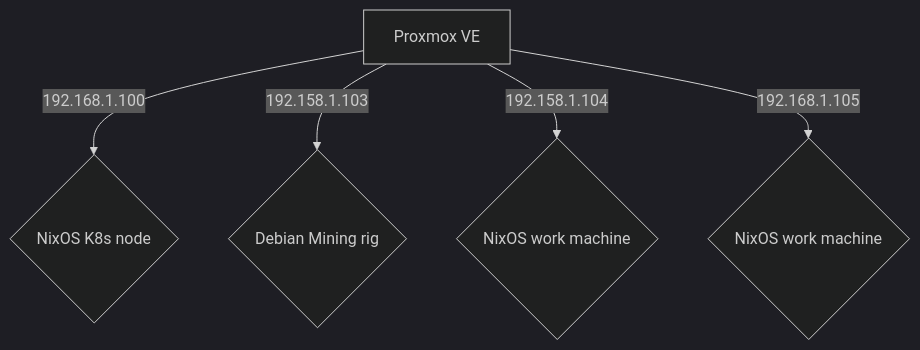
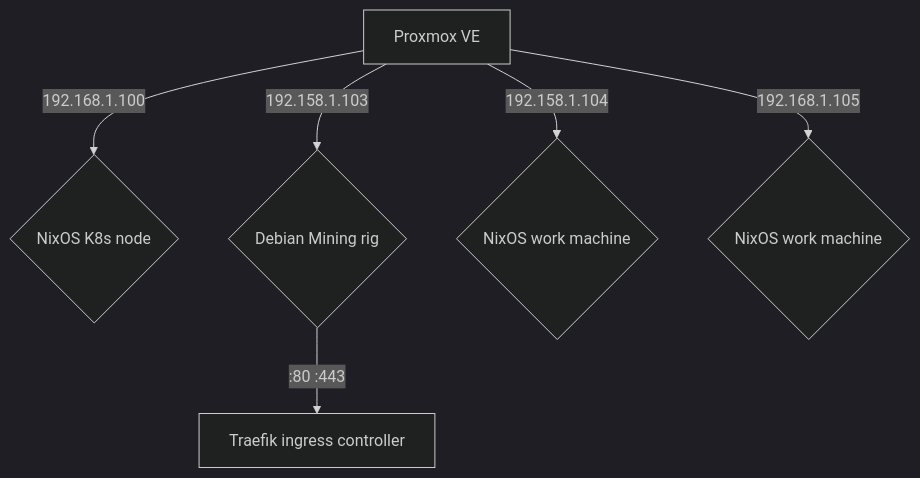
One commit to portothree/dotfiles changed the diagram in homelab/README.md. Above: the diagram before and after it, drawn with Mermaid (dark theme).

````diff
--- a/homelab/README.md
+++ b/homelab/README.md
@@ -3,7 +3,8 @@
 ```mermaid
 flowchart TD
 	A[Proxmox VE] -->|192.168.1.100| 100{NixOS K8s node};
 	A -->|192.158.1.103| 102{Debian Mining rig};
+	102 -->|:80 :443| Traefik[Traefik ingress controller]
 	A -->|192.158.1.104| 103{NixOS work machine};
 	A -->|192.168.1.105| 104{NixOS work machine};
 ```
````
